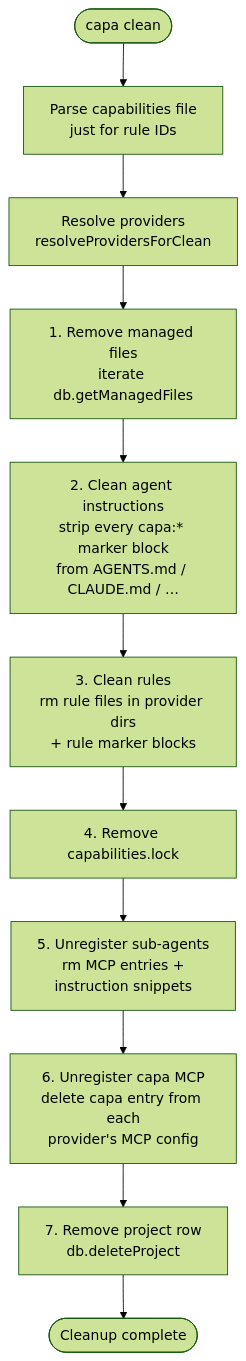
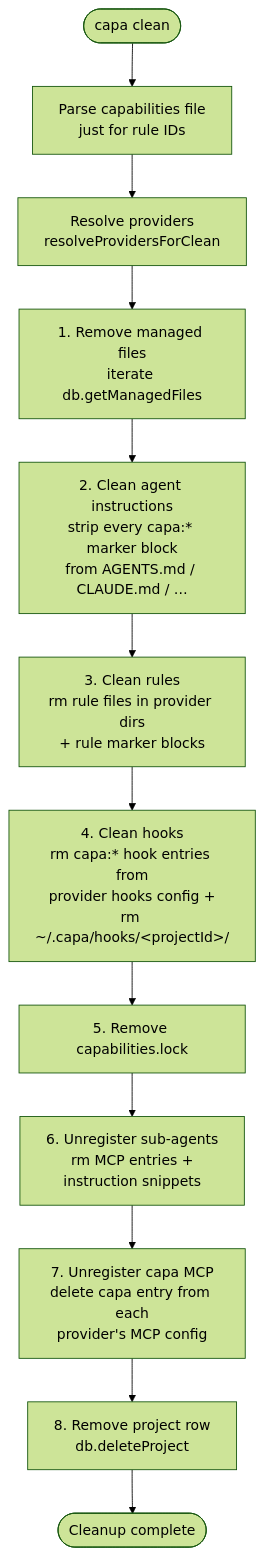
The second of 2 diagrams in docs/README.md (infragate/capa), drawn with Mermaid (forest theme) before and after one commit. The commit also changed other lines of this file and 41 other files, not shown here.

````diff
--- a/docs/README.md
+++ b/docs/README.md
@@ -137,13 +146,14 @@
 ```mermaid
 flowchart TD
     Start([capa clean]) --> Parse[Parse capabilities file<br/>just for rule IDs]
     Parse --> Resolve[Resolve providers<br/>resolveProvidersForClean]
     Resolve --> RmManaged[1. Remove managed files<br/>iterate db.getManagedFiles]
     RmManaged --> CleanInstr[2. Clean agent instructions<br/>strip every capa:* marker block<br/>from AGENTS.md / CLAUDE.md / …]
     CleanInstr --> CleanRules[3. Clean rules<br/>rm rule files in provider dirs<br/>+ rule marker blocks]
-    CleanRules --> RmLock[4. Remove capabilities.lock]
-    RmLock --> UnregSub[5. Unregister sub-agents<br/>rm MCP entries +<br/>instruction snippets]
-    UnregSub --> UnregMcp[6. Unregister capa MCP<br/>delete capa entry from each<br/>provider's MCP config]
-    UnregMcp --> RmProject[7. Remove project row<br/>db.deleteProject]
+    CleanRules --> CleanHooks[4. Clean hooks<br/>rm capa:* hook entries from<br/>provider hooks config +<br/>rm ~/.capa/hooks/&lt;projectId&gt;/]
+    CleanHooks --> RmLock[5. Remove capabilities.lock]
+    RmLock --> UnregSub[6. Unregister sub-agents<br/>rm MCP entries +<br/>instruction snippets]
+    UnregSub --> UnregMcp[7. Unregister capa MCP<br/>delete capa entry from each<br/>provider's MCP config]
+    UnregMcp --> RmProject[8. Remove project row<br/>db.deleteProject]
     RmProject --> Done([Cleanup complete])
 ```
````
